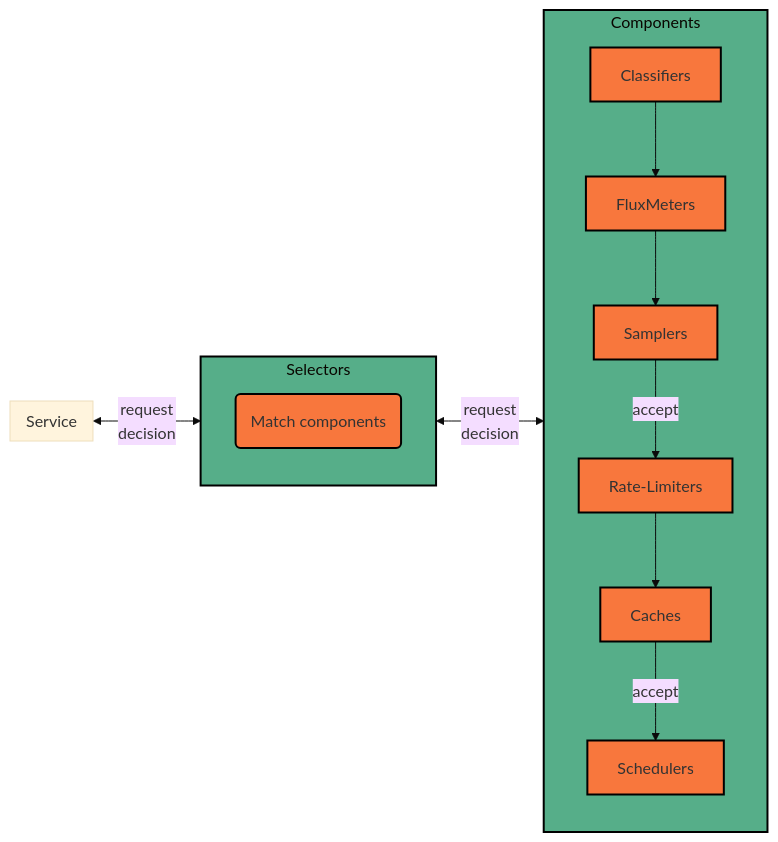
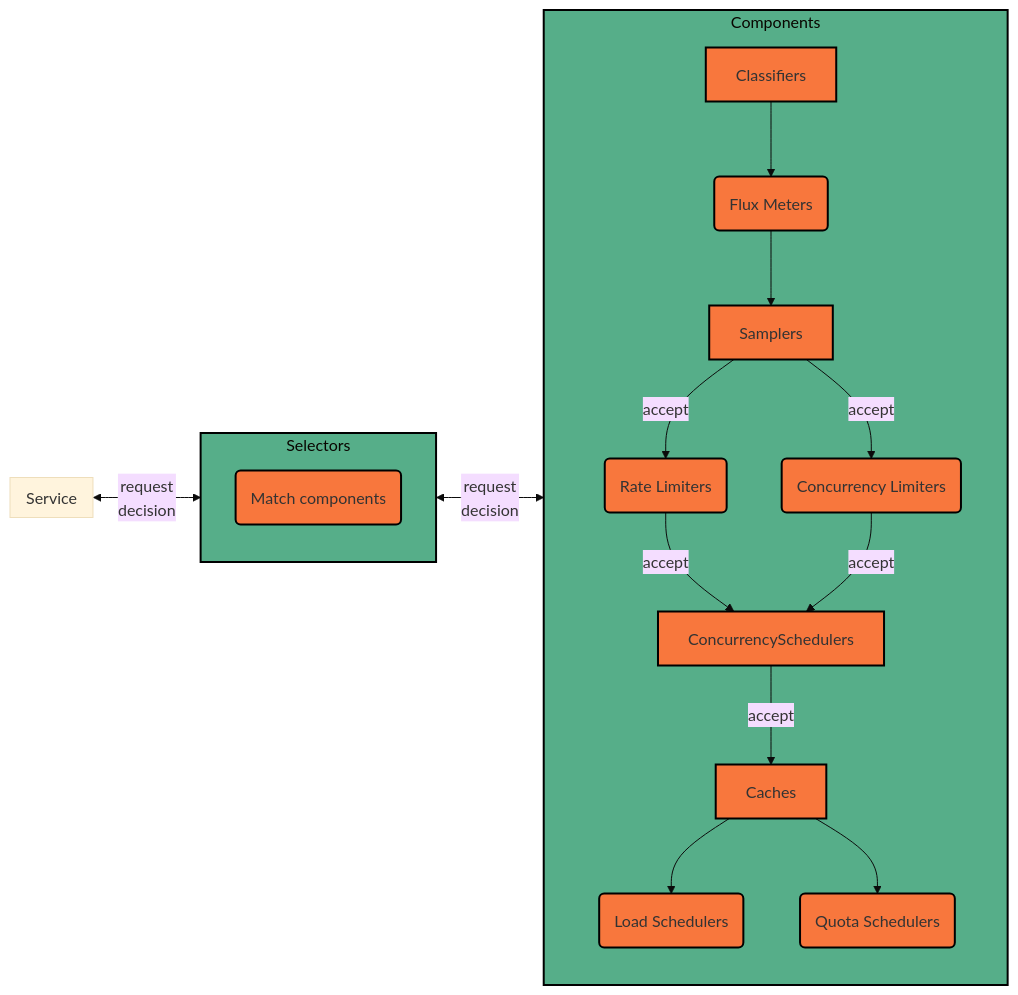
The diagram in docs/content/concepts/assets/gen/flow-lifecycle/flow-lifecycle.mmd (dataongunlaws/aperture), drawn with Mermaid (base theme) before and after one commit. The commit also changed 11 other files, not shown here.

```diff
--- a/docs/content/concepts/assets/gen/flow-lifecycle/flow-lifecycle.mmd
+++ b/docs/content/concepts/assets/gen/flow-lifecycle/flow-lifecycle.mmd
@@ -1,28 +1,38 @@
 flowchart LR
 classDef Green fill:#56AE89,stroke:#000000,stroke-width:2px;
 classDef Orange fill:#F8773D,stroke:#000000,stroke-width:2px;
 
 subgraph "Service"
 end
 class Service Green
 
 Service <-- "request\n decision" --> Selectors
 Selectors <-- "request\n decision" --> Components
 
 subgraph "Selectors"
 	Text("Match components")
 	class Text Orange
 end
 class Selectors Green
 
 
 subgraph Components
-    Classifiers --> FluxMeters --> Samplers--"accept"--> Rate-Limiters --> Caches --"accept"--> Schedulers
+    Classifiers --> FluxMeters("Flux Meters") --> Samplers
+    Samplers --"accept"--> RateLimiters("Rate Limiters")
+	Samplers --"accept"--> ConcurrencyLimiters("Concurrency Limiters")
+	RateLimiters("Rate Limiters") --"accept"--> ConcurrencySchedulers
+	ConcurrencyLimiters("Concurrency Limiters") --"accept"--> ConcurrencySchedulers
+    ConcurrencySchedulers --"accept"--> Caches
+    Caches --> LoadSchedulers("Load Schedulers")
+	Caches --> QuotaSchedulers("Quota Schedulers")
 class Classifiers Orange
 class FluxMeters Orange
 class Samplers Orange
-class Rate-Limiters Orange
+class RateLimiters Orange
+class ConcurrencyLimiters Orange
 class Caches Orange
-class Schedulers Orange
+class ConcurrencySchedulers Orange
+class LoadSchedulers Orange
+class QuotaSchedulers Orange
 end
 class Components Green
```
